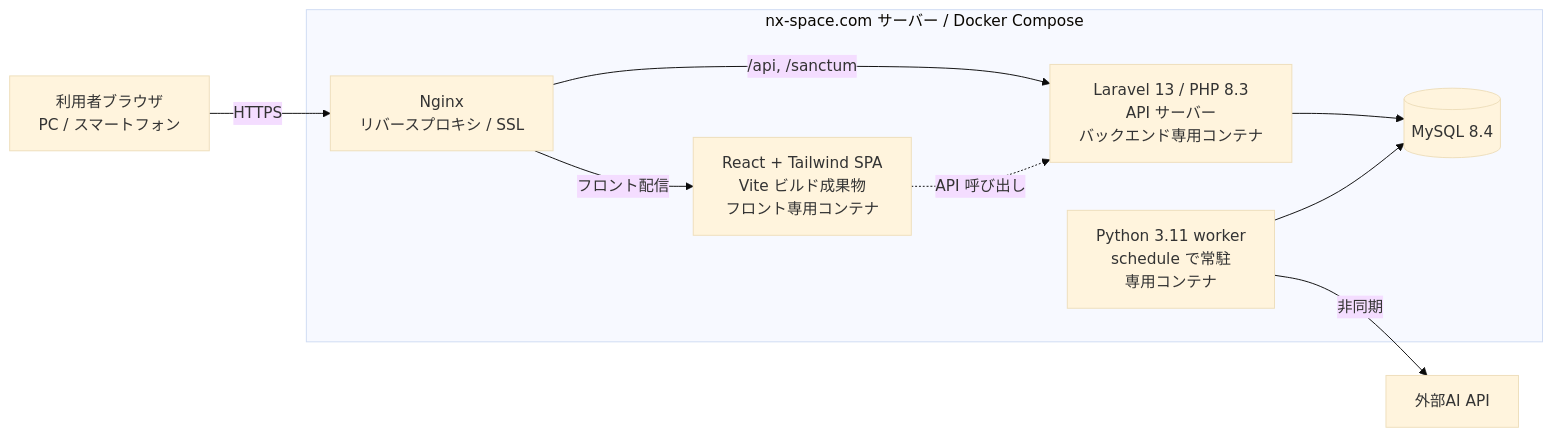
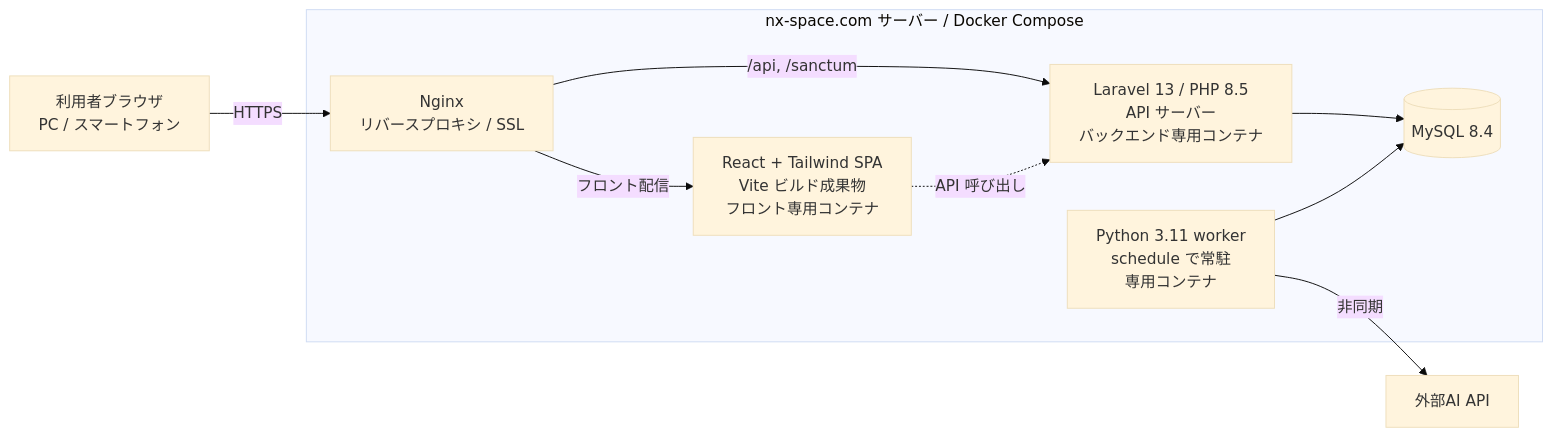
Before and after one commit to space-musicacct/resmane: the diagram in docs/技術構成/技術構成書.md, drawn with Mermaid (base theme). The commit also changed other lines of this file and 5 other files, not shown here.

````diff
--- a/docs/技術構成/技術構成書.md
+++ b/docs/技術構成/技術構成書.md
@@ -57,21 +58,21 @@
 ```mermaid
 flowchart LR
     USER[利用者ブラウザ<br/>PC / スマートフォン]
     AI[外部AI API]
 
     subgraph SERVER[nx-space.com サーバー / Docker Compose]
         NGINX[Nginx<br/>リバースプロキシ / SSL]
         REACT[React + Tailwind SPA<br/>Vite ビルド成果物<br/>フロント専用コンテナ]
-        LARAVEL[Laravel 13 / PHP 8.3<br/>API サーバー<br/>バックエンド専用コンテナ]
+        LARAVEL[Laravel 13 / PHP 8.5<br/>API サーバー<br/>バックエンド専用コンテナ]
         WORKER[Python 3.11 worker<br/>schedule で常駐<br/>専用コンテナ]
         MYSQL[(MySQL 8.4)]
     end
 
     USER -->|HTTPS| NGINX
     NGINX -->|フロント配信| REACT
     NGINX -->|/api, /sanctum| LARAVEL
     REACT -.->|API 呼び出し| LARAVEL
     LARAVEL --> MYSQL
     WORKER --> MYSQL
     WORKER -->|非同期| AI
 ```
````
